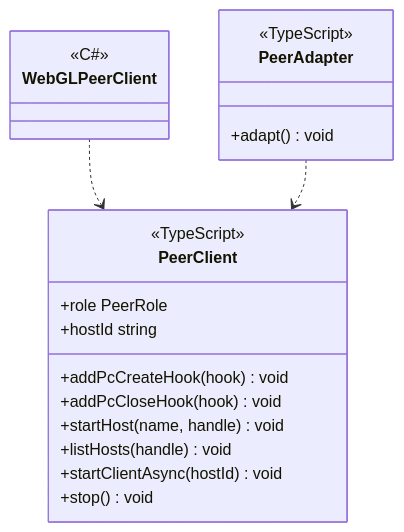
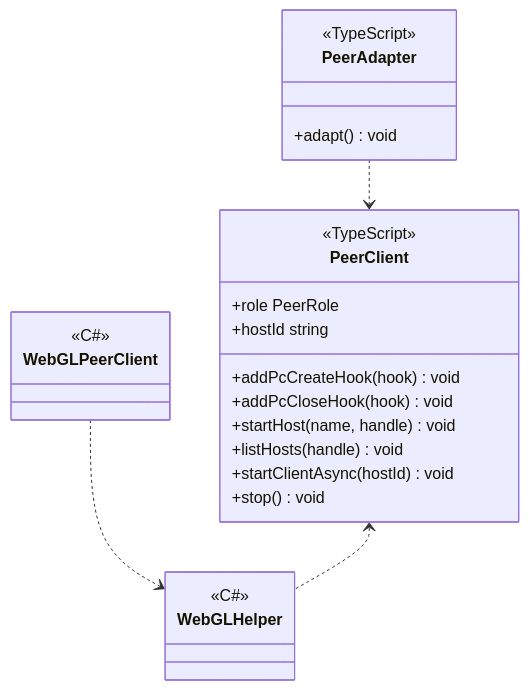
One commit to extreal-dev/Extreal.Guide changed the second of 3 diagrams in docs/integration/p2p.webrtc.md. Above: the diagram before and after it, drawn with Mermaid. The commit also changed other lines of this file and 9 other files, not shown here.

````diff
--- a/docs/integration/p2p.webrtc.md
+++ b/docs/integration/p2p.webrtc.md
@@ -67,27 +67,32 @@
 ```mermaid
 classDiagram
 
-    WebGLPeerClient ..> PeerClient
+    WebGLPeerClient ..> WebGLHelper  
+    PeerClient <.. WebGLHelper  
     PeerAdapter ..> PeerClient
 
     class WebGLPeerClient {
         <<C#>>
     }
     
+    class WebGLHelper {
+        <<C#>>
+    }
+
     class PeerAdapter {
         <<TypeScript>>
         +adapt() void
     }
     
     class PeerClient {
         <<TypeScript>>
         +role PeerRole
         +hostId string
         +addPcCreateHook(hook) void
         +addPcCloseHook(hook) void
         +startHost(name, handle) void
         +listHosts(handle) void
         +startClientAsync(hostId) void
         +stop() void
     }
 ```
````
